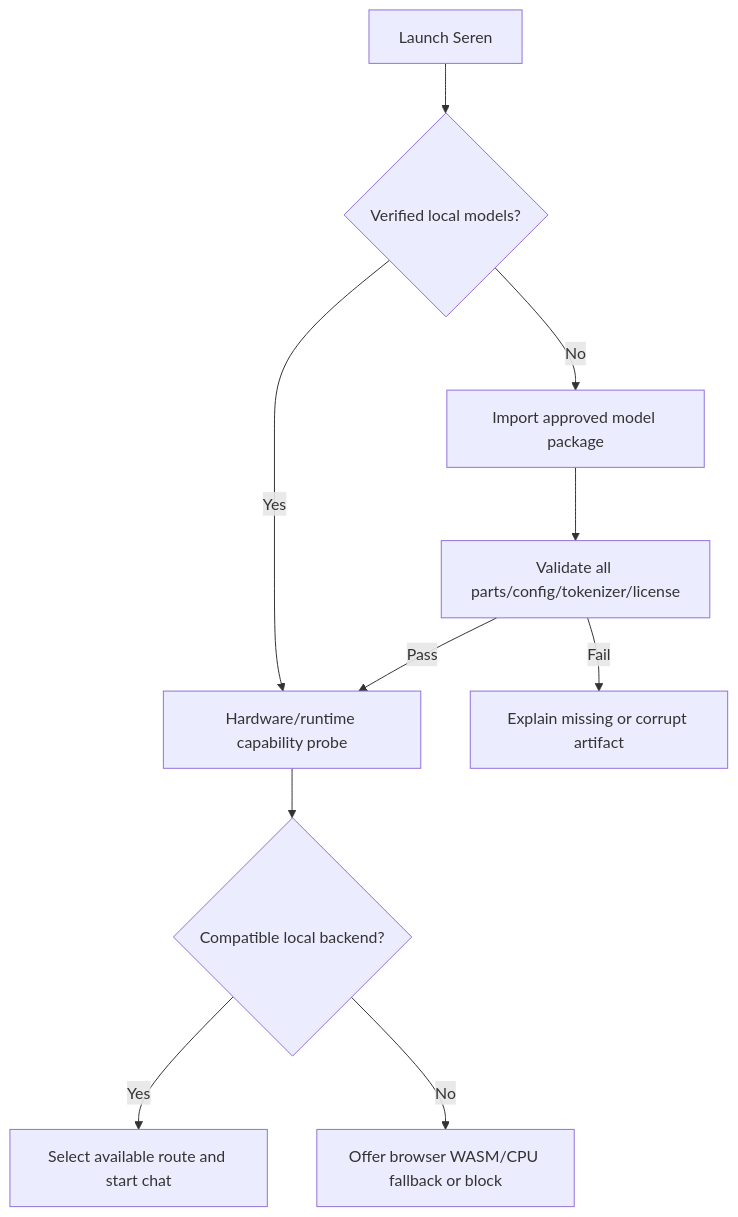
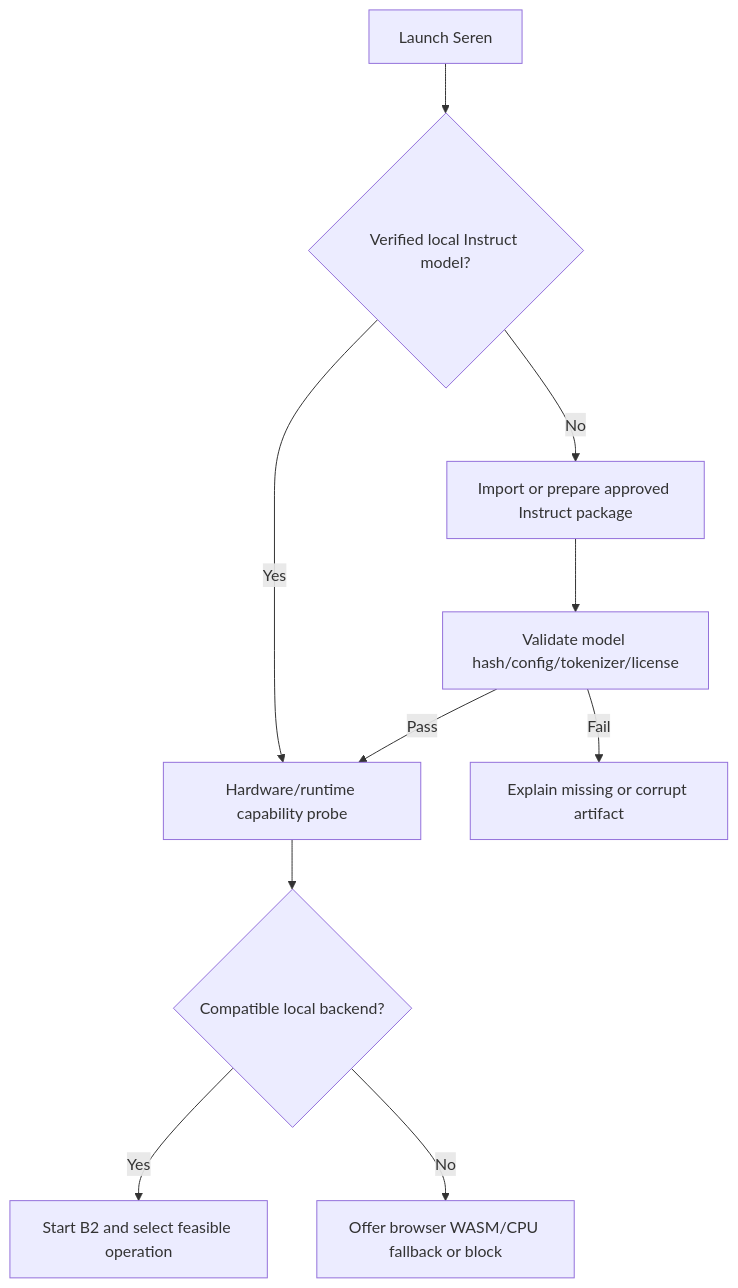
One commit to Enyx-D3/seren_ai changed the diagram in docs/AppFlow.md. Above: the diagram before and after it, drawn with Mermaid. The commit also changed other lines of this file and 72 other files, not shown here.

````diff
--- a/docs/AppFlow.md
+++ b/docs/AppFlow.md
@@ -11,12 +13,12 @@
 ```mermaid
 flowchart TD
-    A["Launch Seren"] --> B{"Verified local models?"}
+    A["Launch Seren"] --> B{"Verified local Instruct model?"}
     B -->|Yes| C["Hardware/runtime capability probe"]
-    B -->|No| D["Import approved model package"]
-    D --> E["Validate all parts/config/tokenizer/license"]
+    B -->|No| D["Import or prepare approved Instruct package"]
+    D --> E["Validate model hash/config/tokenizer/license"]
     E -->|Pass| C
     E -->|Fail| F["Explain missing or corrupt artifact"]
     C --> G{"Compatible local backend?"}
-    G -->|Yes| H["Select available route and start chat"]
+    G -->|Yes| H["Start B2 and select feasible operation"]
     G -->|No| I["Offer browser WASM/CPU fallback or block"]
 ```
````
